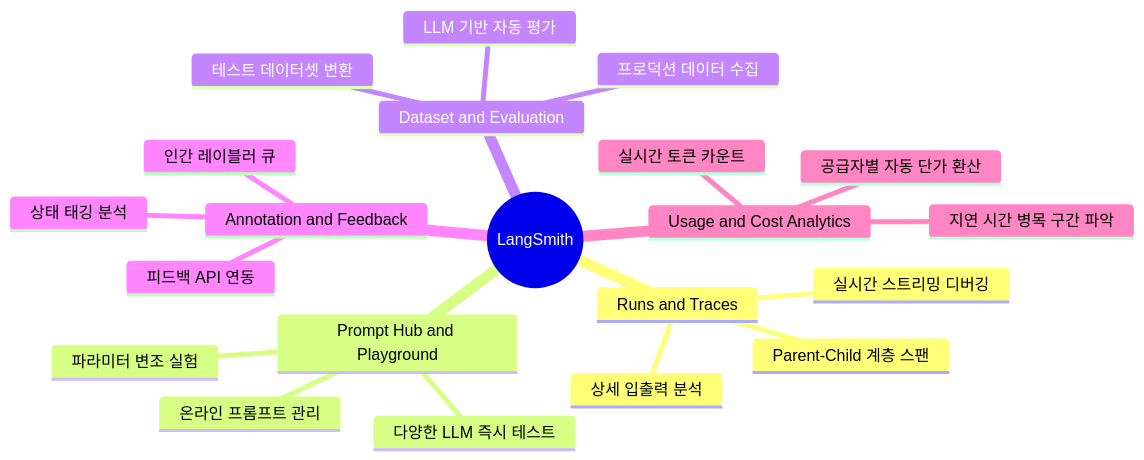
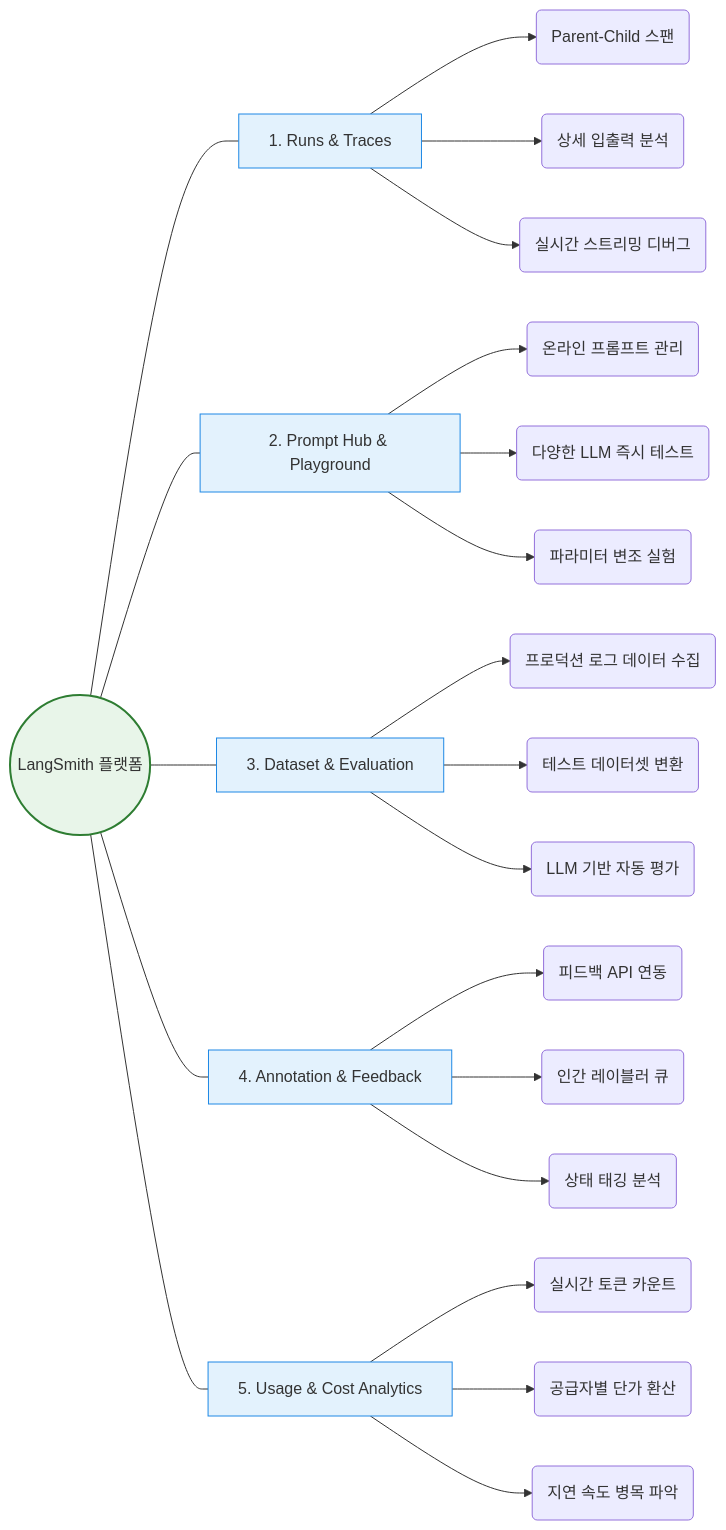
One commit to shinwokkang/Generative-AI-AI-Agents changed the first of 2 diagrams in Module 4: Building Agents with LangGraph/Lesson4.5_Monitoring Agents Using LangSmith.md. Above: the diagram before and after it, drawn with Mermaid. The commit also changed other lines of this file, not shown here.

Commit message:
docs: fix Mermaid diagram syntax with standard flowchart syntax in Lesson 4.5

````diff
--- a/Module 4: Building Agents with LangGraph/Lesson4.5_Monitoring Agents Using LangSmith.md
+++ b/Module 4: Building Agents with LangGraph/Lesson4.5_Monitoring Agents Using LangSmith.md
@@ -24,24 +24,22 @@
 ```mermaid
-mindmap
-  root((LangSmith))
-    Runs and Traces
-      Parent-Child 계층 스팬
-      상세 입출력 분석
-      실시간 스트리밍 디버깅
-    Prompt Hub and Playground
-      온라인 프롬프트 관리
-      다양한 LLM 즉시 테스트
-      파라미터 변조 실험
-    Dataset and Evaluation
-      프로덕션 데이터 수집
-      테스트 데이터셋 변환
-      LLM 기반 자동 평가
-    Annotation and Feedback
-      피드백 API 연동
-      인간 레이블러 큐
-      상태 태깅 분석
-    Usage and Cost Analytics
-      실시간 토큰 카운트
-      공급자별 자동 단가 환산
-      지연 시간 병목 구간 파악
+flowchart LR
+    %% LangSmith 5대 핵심 컴포넌트 표준 순서도
+    LS(("LangSmith 플랫폼")) --- RT["1. Runs & Traces"]
+    LS --- PH["2. Prompt Hub & Playground"]
+    LS --- DE["3. Dataset & Evaluation"]
+    LS --- AF["4. Annotation & Feedback"]
+    LS --- UC["5. Usage & Cost Analytics"]
+
+    RT --> RT1("Parent-Child 스팬") & RT2("상세 입출력 분석") & RT3("실시간 스트리밍 디버그")
+    PH --> PH1("온라인 프롬프트 관리") & PH2("다양한 LLM 즉시 테스트") & PH3("파라미터 변조 실험")
+    DE --> DE1("프로덕션 로그 데이터 수집") & DE2("테스트 데이터셋 변환") & DE3("LLM 기반 자동 평가")
+    AF --> AF1("피드백 API 연동") & AF2("인간 레이블러 큐") & AF3("상태 태깅 분석")
+    UC --> UC1("실시간 토큰 카운트") & UC2("공급자별 단가 환산") & UC3("지연 속도 병목 파악")
+
+    style LS fill:#e8f5e9,stroke:#2e7d32,stroke-width:2px
+    style RT fill:#e3f2fd,stroke:#1e88e5,stroke-width:1px
+    style PH fill:#e3f2fd,stroke:#1e88e5,stroke-width:1px
+    style DE fill:#e3f2fd,stroke:#1e88e5,stroke-width:1px
+    style AF fill:#e3f2fd,stroke:#1e88e5,stroke-width:1px
+    style UC fill:#e3f2fd,stroke:#1e88e5,stroke-width:1px
 ```
````
